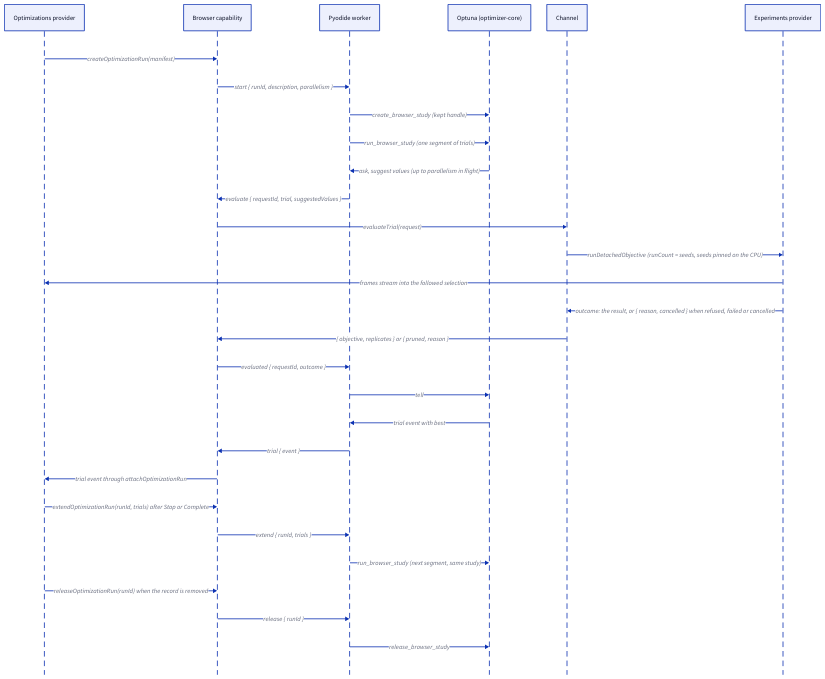
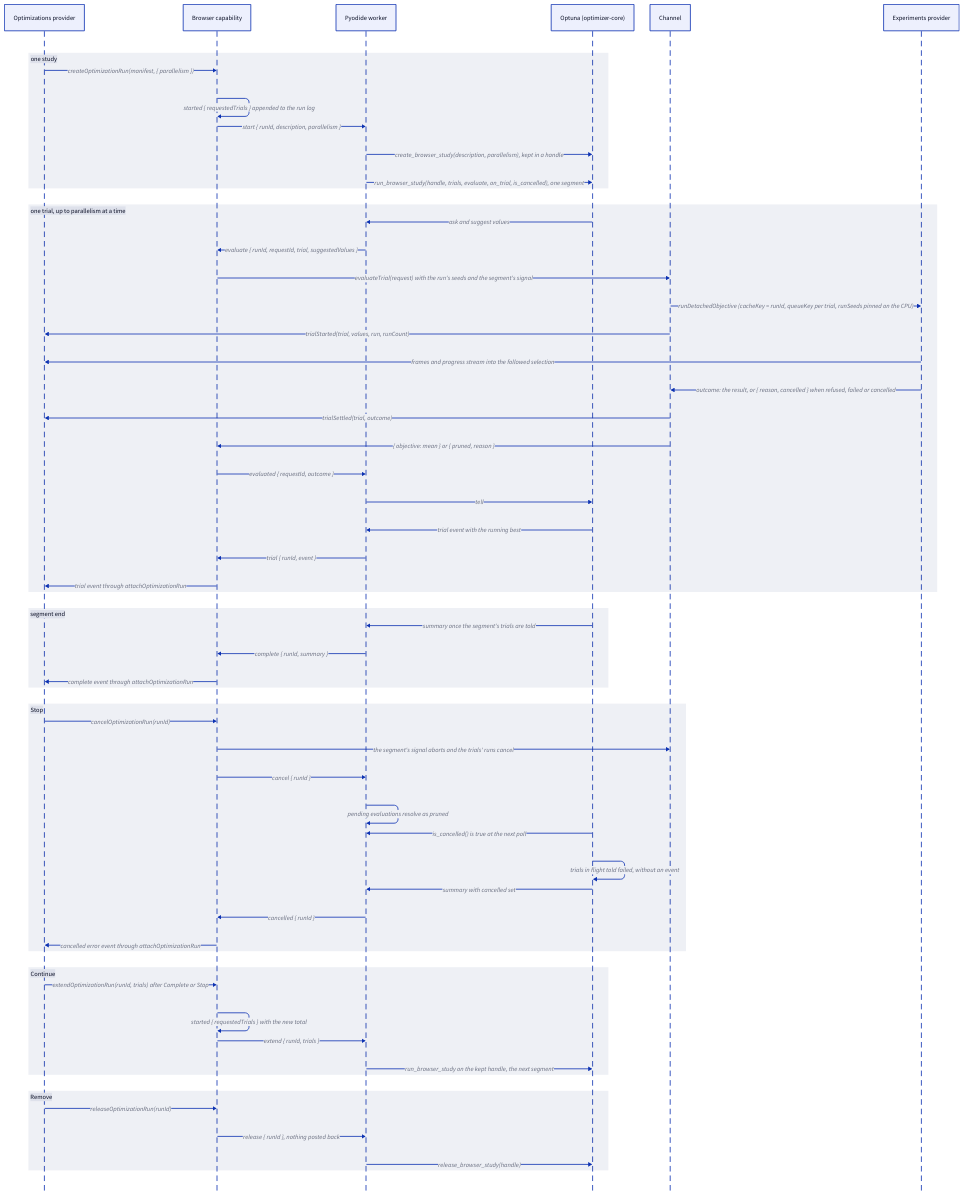
The diagram in libs/@local/petrinaut-arch-docs/content/diagrams/browser-optimization-loop.d2 (hashintel/hash), drawn with D2 before and after one commit. The commit also changed 15 other files, not shown here.

```diff
--- a/libs/@local/petrinaut-arch-docs/content/diagrams/browser-optimization-loop.d2
+++ b/libs/@local/petrinaut-arch-docs/content/diagrams/browser-optimization-loop.d2
@@ -1,32 +1,65 @@
 # Hand-written; rendered by the arch-docs build.
 shape: sequence_diagram
 
 provider: Optimizations provider
 capability: Browser capability
 worker: Pyodide worker
 optuna: Optuna (optimizer-core)
 channel: Channel
 experiments: Experiments provider
 
-provider -> capability: createOptimizationRun(manifest)
-capability -> worker: "start { runId, description, parallelism }"
-worker -> optuna: create_browser_study (kept handle)
-worker -> optuna: run_browser_study (one segment of trials)
-optuna -> worker: ask, suggest values (up to parallelism in flight)
-worker -> capability: "evaluate { requestId, trial, suggestedValues }"
-capability -> channel: evaluateTrial(request)
-channel -> experiments: "runDetachedObjective (runCount = seeds, seeds pinned on the CPU)"
-experiments -> provider: frames stream into the followed selection
-experiments -> channel: "outcome: the result, or { reason, cancelled } when refused, failed or cancelled"
-channel -> capability: "{ objective, replicates } or { pruned, reason }"
-capability -> worker: "evaluated { requestId, outcome }"
-worker -> optuna: tell
-optuna -> worker: trial event with best
-worker -> capability: "trial { event }"
-capability -> provider: trial event through attachOptimizationRun
-provider -> capability: "extendOptimizationRun(runId, trials) after Stop or Complete"
-capability -> worker: "extend { runId, trials }"
-worker -> optuna: run_browser_study (next segment, same study)
-provider -> capability: releaseOptimizationRun(runId) when the record is removed
-capability -> worker: "release { runId }"
-worker -> optuna: release_browser_study
+one study: {
+  provider -> capability: "createOptimizationRun(manifest, { parallelism })"
+  capability -> capability: "started { requestedTrials } appended to the run log"
+  capability -> worker: "start { runId, description, parallelism }"
+  worker -> optuna: create_browser_study(description, parallelism), kept in a handle
+  worker -> optuna: run_browser_study(handle, trials, evaluate, on_trial, is_cancelled), one segment
+}
+
+one trial, up to parallelism at a time: {
+  optuna -> worker: ask and suggest values
+  worker -> capability: "evaluate { runId, requestId, trial, suggestedValues }"
+  capability -> channel: evaluateTrial(request) with the run's seeds and the segment's signal
+  channel -> experiments: "runDetachedObjective (cacheKey = runId, queueKey per trial, runSeeds pinned on the CPU)"
+  channel -> provider: trialStarted(trial, values, run, runCount)
+  experiments -> provider: frames and progress stream into the followed selection
+  experiments -> channel: "outcome: the result, or { reason, cancelled } when refused, failed or cancelled"
+  channel -> provider: trialSettled(trial, outcome)
+  channel -> capability: "{ objective: mean } or { pruned, reason }"
+  capability -> worker: "evaluated { requestId, outcome }"
+  worker -> optuna: tell
+  optuna -> worker: trial event with the running best
+  worker -> capability: "trial { runId, event }"
+  capability -> provider: trial event through attachOptimizationRun
+}
+
+segment end: {
+  optuna -> worker: summary once the segment's trials are told
+  worker -> capability: "complete { runId, summary }"
+  capability -> provider: complete event through attachOptimizationRun
+}
+
+Stop: {
+  provider -> capability: cancelOptimizationRun(runId)
+  capability -> channel: the segment's signal aborts and the trials' runs cancel
+  capability -> worker: "cancel { runId }"
+  worker -> worker: pending evaluations resolve as pruned
+  optuna -> worker: is_cancelled() is true at the next poll
+  optuna -> optuna: trials in flight told failed, without an event
+  optuna -> worker: summary with cancelled set
+  worker -> capability: "cancelled { runId }"
+  capability -> provider: cancelled error event through attachOptimizationRun
+}
+
+Continue: {
+  provider -> capability: extendOptimizationRun(runId, trials) after Complete or Stop
+  capability -> capability: "started { requestedTrials } with the new total"
+  capability -> worker: "extend { runId, trials }"
+  worker -> optuna: run_browser_study on the kept handle, the next segment
+}
+
+Remove: {
+  provider -> capability: releaseOptimizationRun(runId)
+  capability -> worker: "release { runId }, nothing posted back"
+  worker -> optuna: release_browser_study(handle)
+}
```
